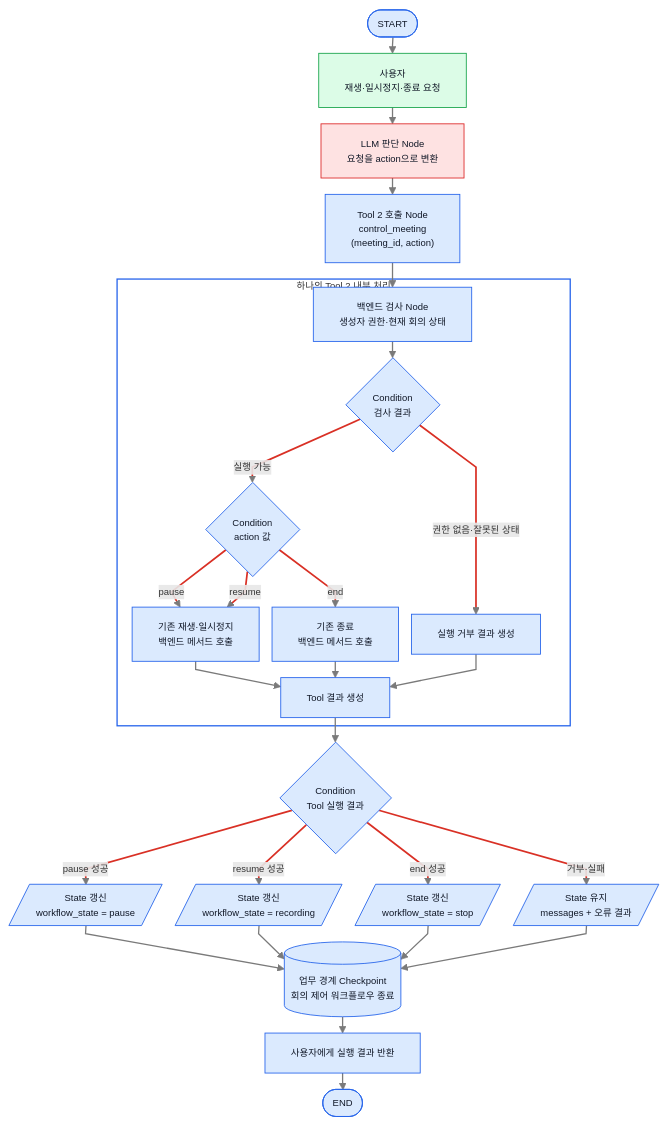
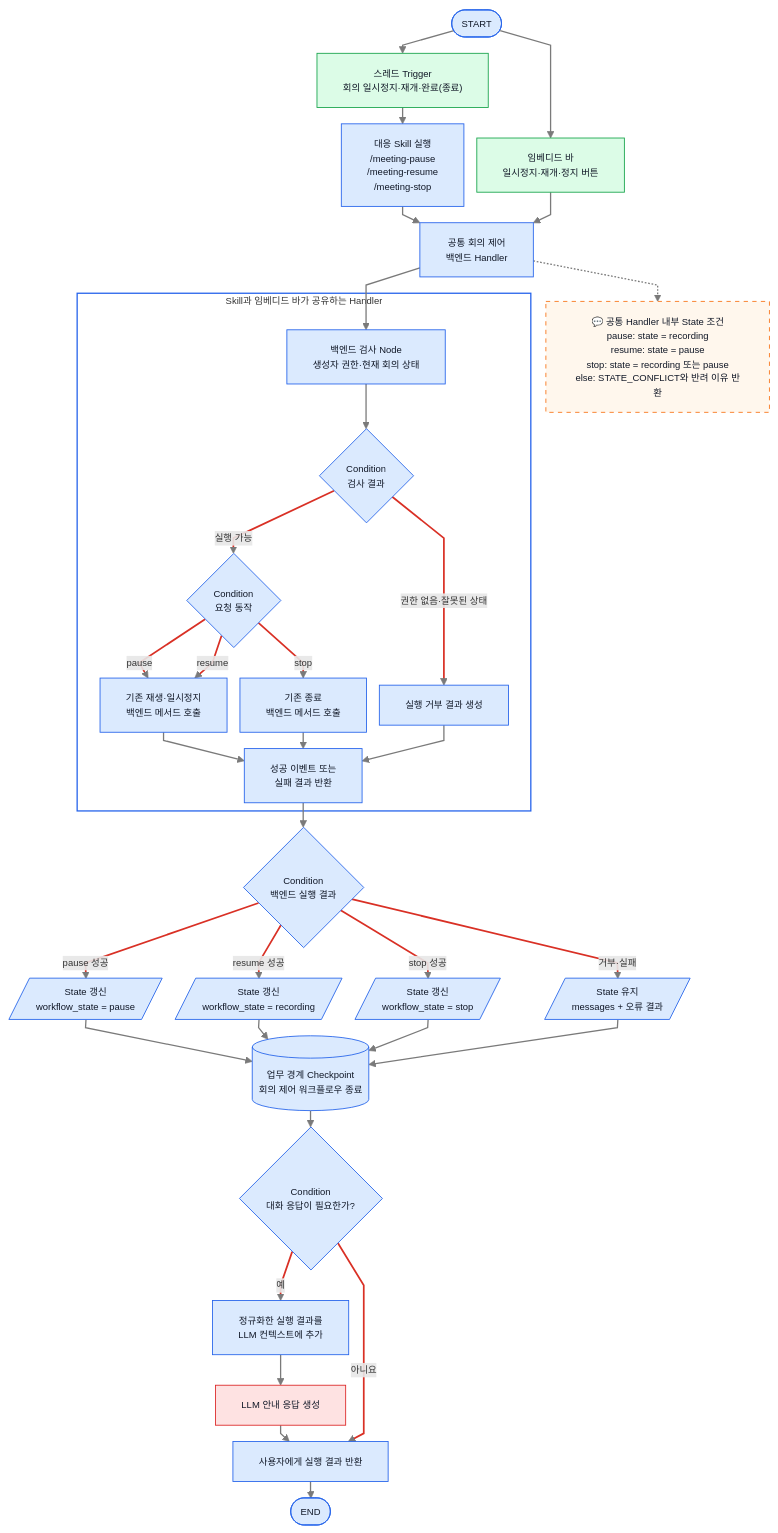
One commit to ericyum/Obsidian changed the fourth of 8 diagrams in ZENAI/에이전트 설계/회의록 에이전트 설계/1. 회의록 에이전트 워크플로우 graph 정의.md. Above: the diagram before and after it, drawn with Mermaid. The commit also changed other lines of this file and 7 other files, not shown here.

````diff
--- a/ZENAI/에이전트 설계/회의록 에이전트 설계/1. 회의록 에이전트 워크플로우 graph 정의.md
+++ b/ZENAI/에이전트 설계/회의록 에이전트 설계/1. 회의록 에이전트 워크플로우 graph 정의.md
@@ -232,46 +201,55 @@
 ```mermaid
 %%{init: {"flowchart": {"useMaxWidth": true, "nodeSpacing": 15, "rankSpacing": 19, "curve": "linear"}, "themeVariables": {"fontSize": "11px"}}}%%
 flowchart TB
-    S(["START"]) --> U["사용자<br/>재생·일시정지·종료 요청"]
-    U --> A["LLM 판단 Node<br/>요청을 action으로 변환"]
-    A --> T2["Tool 2 호출 Node<br/>control_meeting<br/>(meeting_id, action)"]
-    subgraph TOOL["하나의 Tool 2 내부 처리"]
+    S(["START"]) --> U["스레드 Trigger<br/>회의 일시정지·재개·완료(종료)"]
+    S --> UI["임베디드 바<br/>일시정지·재개·정지 버튼"]
+    U --> SK["대응 Skill 실행<br/>/meeting-pause<br/>/meeting-resume<br/>/meeting-stop"]
+    SK --> HD["공통 회의 제어<br/>백엔드 Handler"]
+    UI --> HD
+    subgraph HANDLER["Skill과 임베디드 바가 공유하는 Handler"]
         V["백엔드 검사 Node<br/>생성자 권한·현재 회의 상태"]
         VC{"Condition<br/>검사 결과"}
-        AC{"Condition<br/>action 값"}
+        AC{"Condition<br/>요청 동작"}
         PM["기존 재생·일시정지<br/>백엔드 메서드 호출"]
         EM["기존 종료<br/>백엔드 메서드 호출"]
         DN["실행 거부 결과 생성"]
-        TR["Tool 결과 생성"]
+        EV["성공 이벤트 또는<br/>실패 결과 반환"]
     end
-    T2 --> V
+    HD --> V
     V --> VC
     VC -->|"실행 가능"| AC
     VC -->|"권한 없음·잘못된 상태"| DN
     AC -->|"pause"| PM
     AC -->|"resume"| PM
-    AC -->|"end"| EM
-    PM --> TR
-    EM --> TR
-    DN --> TR
-    TR --> RC{"Condition<br/>Tool 실행 결과"}
+    AC -->|"stop"| EM
+    PM --> EV
+    EM --> EV
+    DN --> EV
+    EV --> RC{"Condition<br/>백엔드 실행 결과"}
     RC -->|"pause 성공"| SP[/"State 갱신<br/>workflow_state = pause"/]
     RC -->|"resume 성공"| SR[/"State 갱신<br/>workflow_state = recording"/]
-    RC -->|"end 성공"| SE[/"State 갱신<br/>workflow_state = stop"/]
-    RC -->|"거부·실패"| SK[/"State 유지<br/>messages + 오류 결과"/]
+    RC -->|"stop 성공"| SE[/"State 갱신<br/>workflow_state = stop"/]
+    RC -->|"거부·실패"| KEEP[/"State 유지<br/>messages + 오류 결과"/]
     SP --> CP[("업무 경계 Checkpoint<br/>회의 제어 워크플로우 종료")]
     SR --> CP
     SE --> CP
-    SK --> CP
-    CP --> R["사용자에게 실행 결과 반환"]
+    KEEP --> CP
+    CP --> NR{"Condition<br/>대화 응답이 필요한가?"}
+    NR -->|"예"| CX["정규화한 실행 결과를<br/>LLM 컨텍스트에 추가"]
+    CX --> L["LLM 안내 응답 생성"]
+    L --> R["사용자에게 실행 결과 반환"]
+    NR -->|"아니요"| R
     R --> E(["END"])
+    HD -.-> N2["💬 공통 Handler 내부 State 조건<br/>pause: state = recording<br/>resume: state = pause<br/>stop: state = recording 또는 pause<br/>else: STATE_CONFLICT와 반려 이유 반환"]
     classDef user fill:#dcfce7,stroke:#16a34a,color:#111827;
     classDef internal fill:#dbeafe,stroke:#2563eb,color:#111827;
     classDef llm fill:#fee2e2,stroke:#dc2626,color:#111827;
-    class U user;
-    class A llm;
-    class S,T2,V,VC,AC,PM,EM,DN,TR,RC,SP,SR,SE,SK,CP,R,E internal;
-    style TOOL fill:transparent,stroke:#2563eb,stroke-width:1.5px;
+    classDef note fill:#fff7ed,stroke:#f97316,color:#111827,stroke-dasharray: 5 5;
+    class U,UI user;
+    class L llm;
+    class N2 note;
+    class S,SK,HD,V,VC,AC,PM,EM,DN,EV,RC,SP,SR,SE,KEEP,CP,NR,CX,R,E internal;
+    style HANDLER fill:transparent,stroke:#2563eb,stroke-width:1.5px;
     linkStyle default stroke:#7a7a7a,stroke-width:1.5px;
-    linkStyle 5,6,7,8,9,14,15,16,17 stroke:#d93025,stroke-width:2px;
+    linkStyle 7,8,9,10,11,16,17,18,19,25,28 stroke:#d93025,stroke-width:2px;
 ```
````
